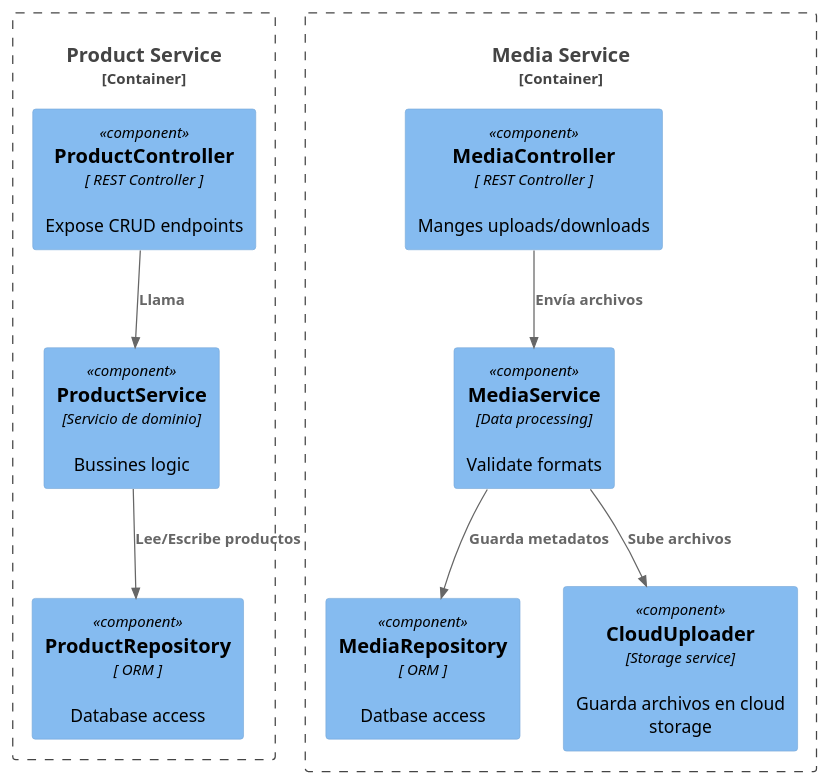
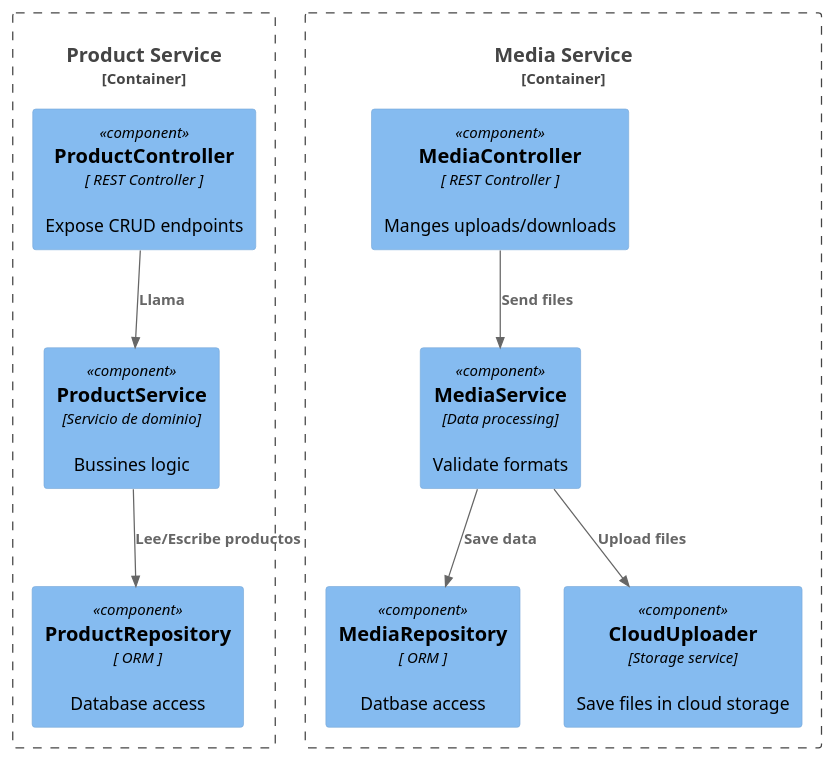
The diagram in c4 diagram/lvl3-components.puml (SCI-degree-project/docs), drawn with PlantUML before and after one commit.

Commit message:
diagram level 3 updated

```diff
--- a/c4 diagram/lvl3-components.puml
+++ b/c4 diagram/lvl3-components.puml
@@ -1,25 +1,25 @@
 @startuml ""
 !includeurl https://raw.githubusercontent.com/plantuml-stdlib/C4-PlantUML/master/C4_Component.puml
 
 
 Container_Boundary(productService, "Product Service") {
     Component(productController, "ProductController", " REST Controller ", "Expose CRUD endpoints")
     Component(productLogic, "ProductService", "Servicio de dominio", "Bussines logic")
     Component(productRepo, "ProductRepository", " ORM ", "Database access")
 }
 
 Rel(productController, productLogic, "Llama")
 Rel(productLogic, productRepo, "Lee/Escribe productos")
 
 Container_Boundary(mediaService, "Media Service") {
     Component(mediaController, "MediaController", " REST Controller ", "Manges uploads/downloads")
     Component(mediaProcessor, "MediaService", "Data processing", "Validate formats")
     Component(mediaRepo, "MediaRepository", " ORM ", "Datbase access")
-    Component(cloudUploader, "CloudUploader", "Storage service", "Guarda archivos en cloud storage")
+    Component(cloudUploader, "CloudUploader", "Storage service", "Save files in cloud storage")
 }
 
-Rel(mediaController, mediaProcessor, "Envía archivos")
-Rel(mediaProcessor, mediaRepo, "Guarda metadatos")
-Rel(mediaProcessor, cloudUploader, "Sube archivos")
+Rel(mediaController, mediaProcessor, "Send files")
+Rel(mediaProcessor, mediaRepo, "Save data")
+Rel(mediaProcessor, cloudUploader, "Upload files")
 
 @enduml
```
